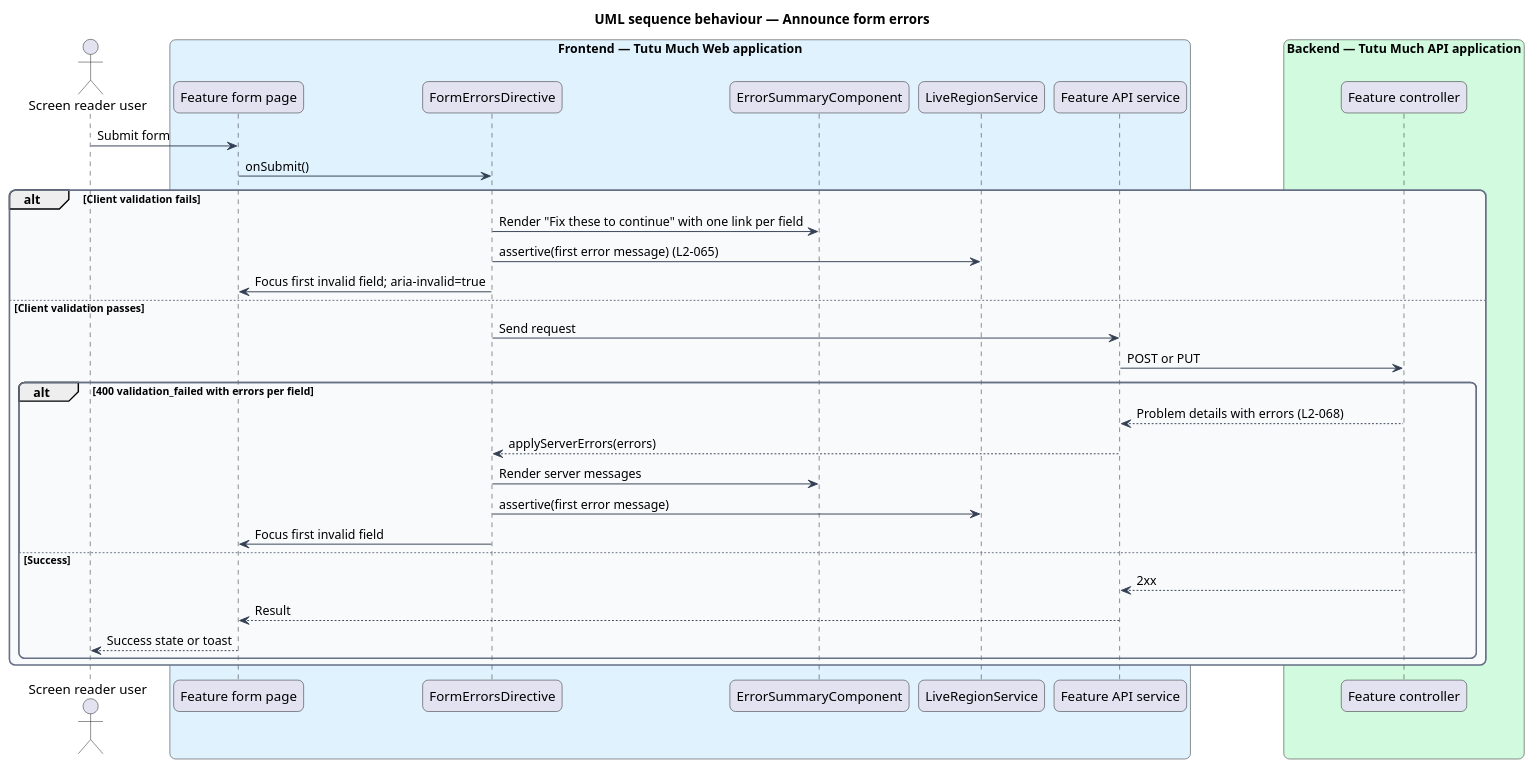
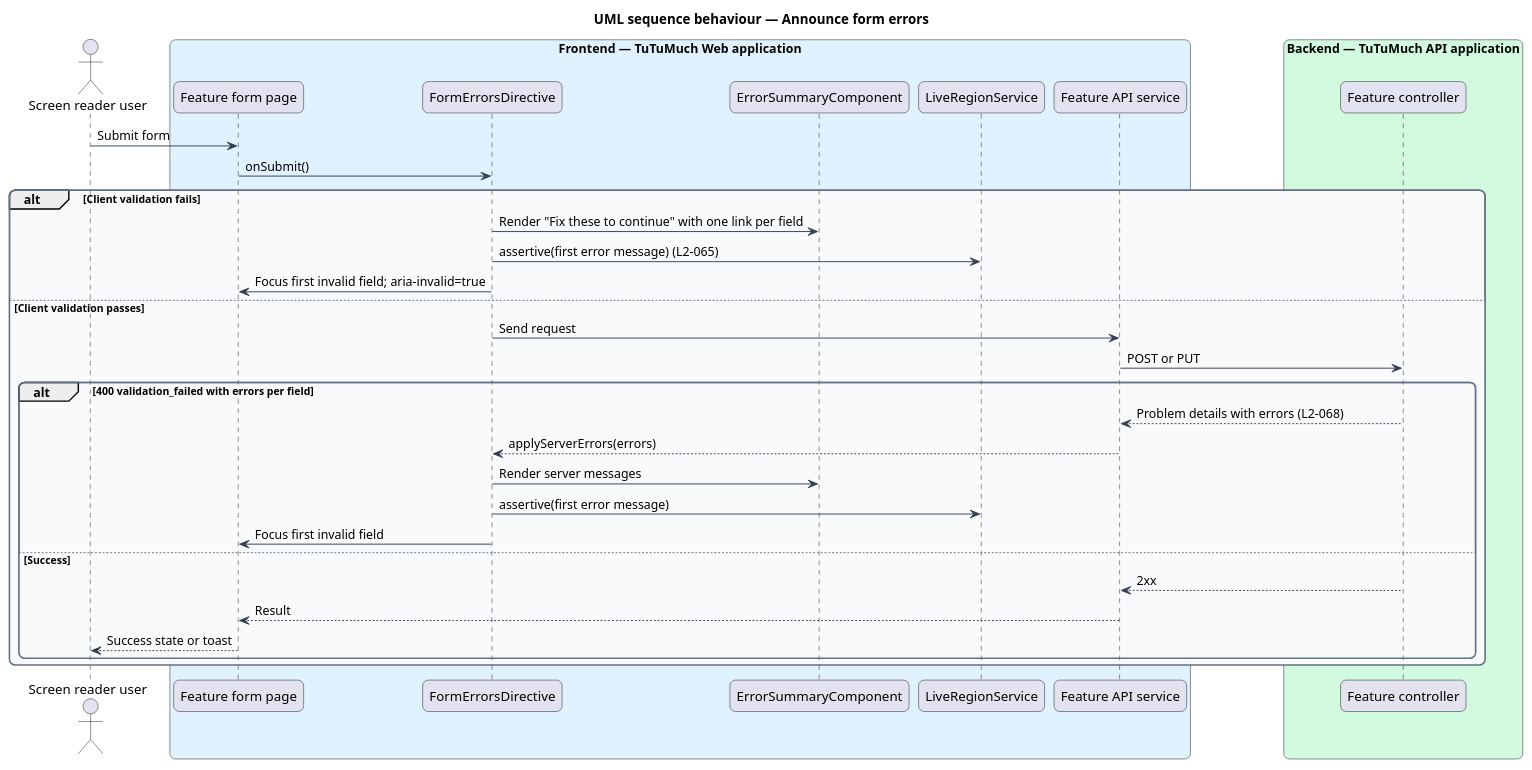
One commit to QuinntyneBrown/tutumuch changed the diagram in docs/detailed-designs/platform/responsive-accessible-shell/diagrams/sequence-form-errors.puml. Above: the diagram before and after it, drawn with PlantUML. The commit also changed 1004 other files, not shown here.

```diff
--- a/docs/detailed-designs/platform/responsive-accessible-shell/diagrams/sequence-form-errors.puml
+++ b/docs/detailed-designs/platform/responsive-accessible-shell/diagrams/sequence-form-errors.puml
@@ -1,49 +1,49 @@
 @startuml
 title UML sequence behaviour — Announce form errors
 skinparam backgroundColor #FFFFFF
 skinparam shadowing false
 skinparam roundcorner 12
 skinparam defaultFontName Arial
 skinparam ArrowColor #344054
 skinparam rectangle {
   BorderColor #344054
   FontColor #101828
 }
 skinparam package {
   BorderColor #667085
   FontColor #101828
   BackgroundColor #F9FAFB
 }
 actor "Screen reader user" as actor
-box "Frontend — Tutu Much Web application" #E0F2FE
+box "Frontend — TuTuMuch Web application" #E0F2FE
   participant "Feature form page" as page
   participant "FormErrorsDirective" as dir
   participant "ErrorSummaryComponent" as summary
   participant "LiveRegionService" as live
   participant "Feature API service" as client
 end box
-box "Backend — Tutu Much API application" #D1FADF
+box "Backend — TuTuMuch API application" #D1FADF
   participant "Feature controller" as api
 end box
 actor -> page : Submit form
 page -> dir : onSubmit()
 alt Client validation fails
   dir -> summary : Render "Fix these to continue" with one link per field
   dir -> live : assertive(first error message) (L2-065)
   dir -> page : Focus first invalid field; aria-invalid=true
 else Client validation passes
   dir -> client : Send request
   client -> api : POST or PUT
   alt 400 validation_failed with errors per field
     api --> client : Problem details with errors (L2-068)
     client --> dir : applyServerErrors(errors)
     dir -> summary : Render server messages
     dir -> live : assertive(first error message)
     dir -> page : Focus first invalid field
   else Success
     api --> client : 2xx
     client --> page : Result
     page --> actor : Success state or toast
   end
 end
 @enduml
```
